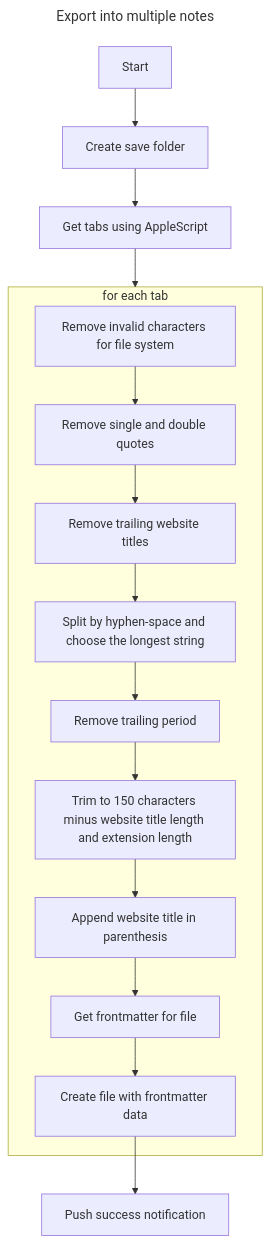
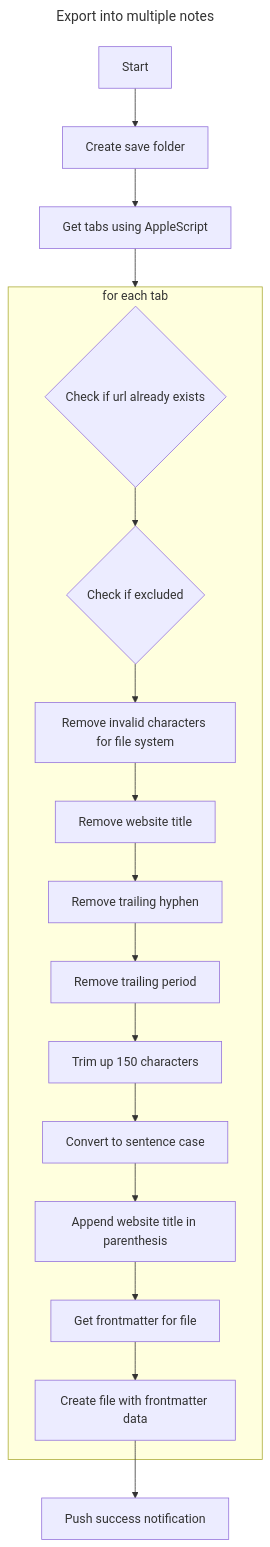
One commit to decaf-dev/obsidian-export-browser-tabs changed the diagram in src/commands/export-into-multiple-notes/README.md. Above: the diagram before and after it, drawn with Mermaid.

Commit message:
docs: update to latest diagram

````diff
--- a/src/commands/export-into-multiple-notes/README.md
+++ b/src/commands/export-into-multiple-notes/README.md
@@ -1,21 +1,23 @@
 ```mermaid
 ---
 title: Export into multiple notes
 ---
 flowchart TD
     Start --> A
 	A[Create save folder] --> B[Get tabs using AppleScript]
 	B --> one
 	subgraph one[for each tab]
-	C[Remove invalid characters for file system] --> D[Remove single and double quotes]
-	D --> F[Remove trailing website titles]
-	F --> G[Split by hyphen-space and choose the longest string]
+	C{Check if url already exists} --> D{Check if excluded}
+	D --> E[Remove invalid characters for file system]
+	E --> F[Remove website title]
+	F --> G[Remove trailing hyphen]
 	G --> H[Remove trailing period]
-	H --> I[Trim to 150 characters minus website title length and extension length]
-	I --> J[Append website title in parenthesis]
-	J --> K[Get frontmatter for file]
-	K --> L[Create file with frontmatter data]
+	H --> I[Trim up 150 characters]
+	I --> J[Convert to sentence case]
+	J --> L[Append website title in parenthesis]
+	L --> M[Get frontmatter for file]
+	M --> N[Create file with frontmatter data]
 
 	end
-	L --> M[Push success notification]
+	N --> O[Push success notification]
 ```
````
